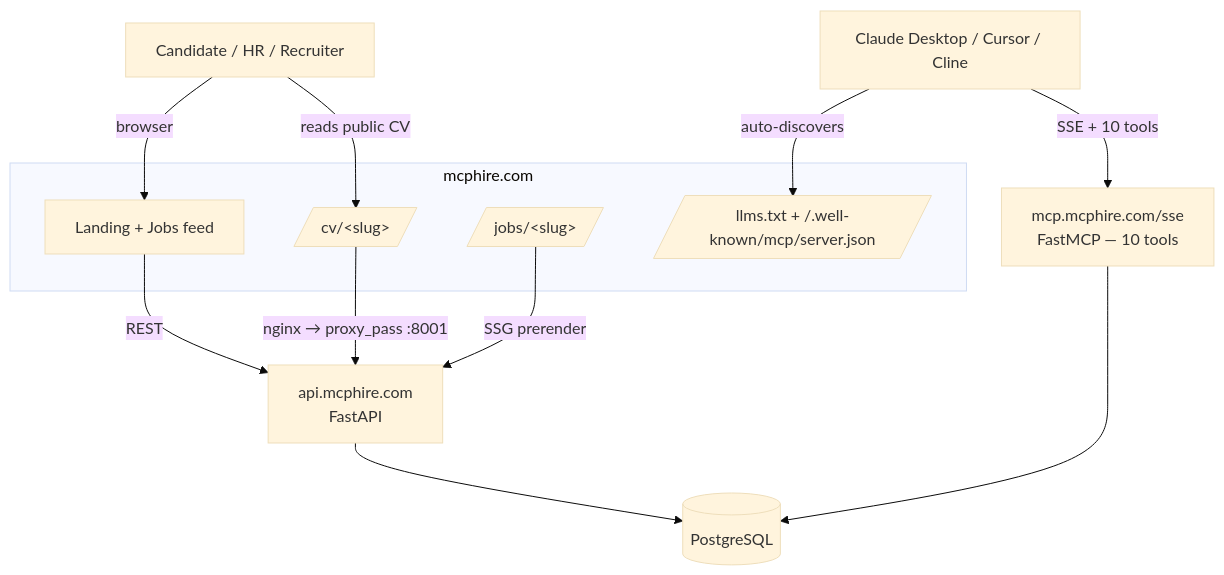
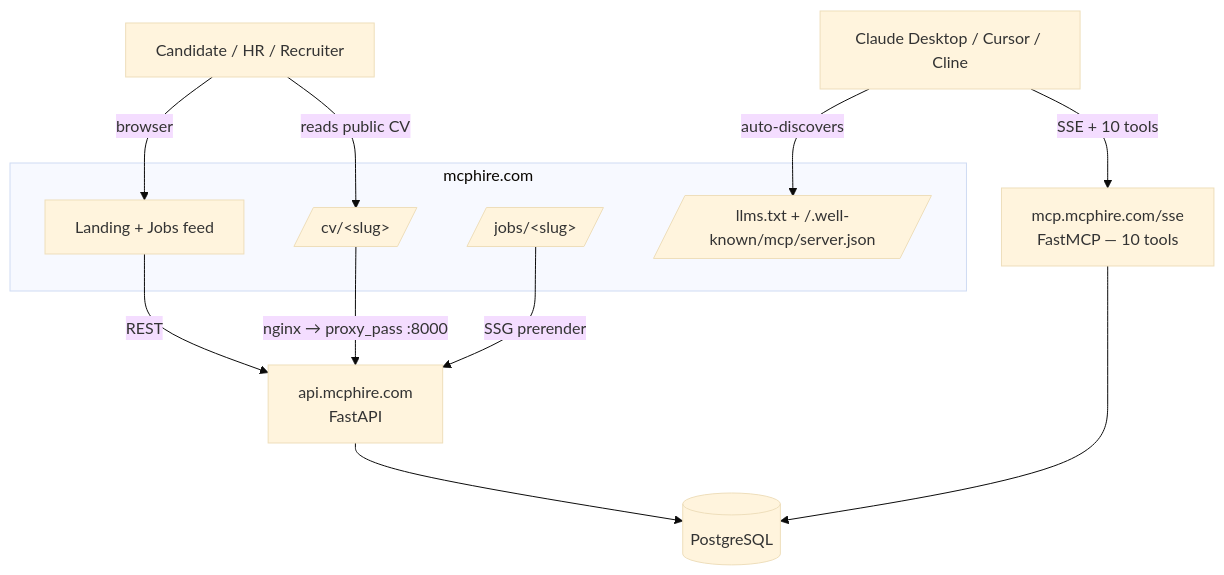
One commit to TimmyZinin/mcphire-frontend changed the diagram in README.md. Above: the diagram before and after it, drawn with Mermaid (base theme). The commit also changed other lines of this file and 1 other file, not shown here.

````diff
--- a/README.md
+++ b/README.md
@@ -19,26 +19,26 @@
 ```mermaid
 flowchart TB
     User[Candidate / HR / Recruiter]
     Claude[Claude Desktop / Cursor / Cline]
 
     subgraph "mcphire.com"
         Landing[Landing + Jobs feed]
         CV[/cv/&lt;slug&gt;/]
         Jobs[/jobs/&lt;slug&gt;/]
         Discovery[/llms.txt + /.well-known/mcp/server.json/]
     end
 
     API[api.mcphire.com<br/>FastAPI]
     MCP[mcp.mcphire.com/sse<br/>FastMCP — 10 tools]
     DB[(PostgreSQL)]
 
     User -->|browser| Landing
     User -->|reads public CV| CV
     Claude -->|auto-discovers| Discovery
     Claude -->|SSE + 10 tools| MCP
     Landing -->|REST| API
-    CV -->|nginx → proxy_pass :8001| API
+    CV -->|nginx → proxy_pass :8000| API
     Jobs -->|SSG prerender| API
     API --> DB
     MCP --> DB
 ```
````
